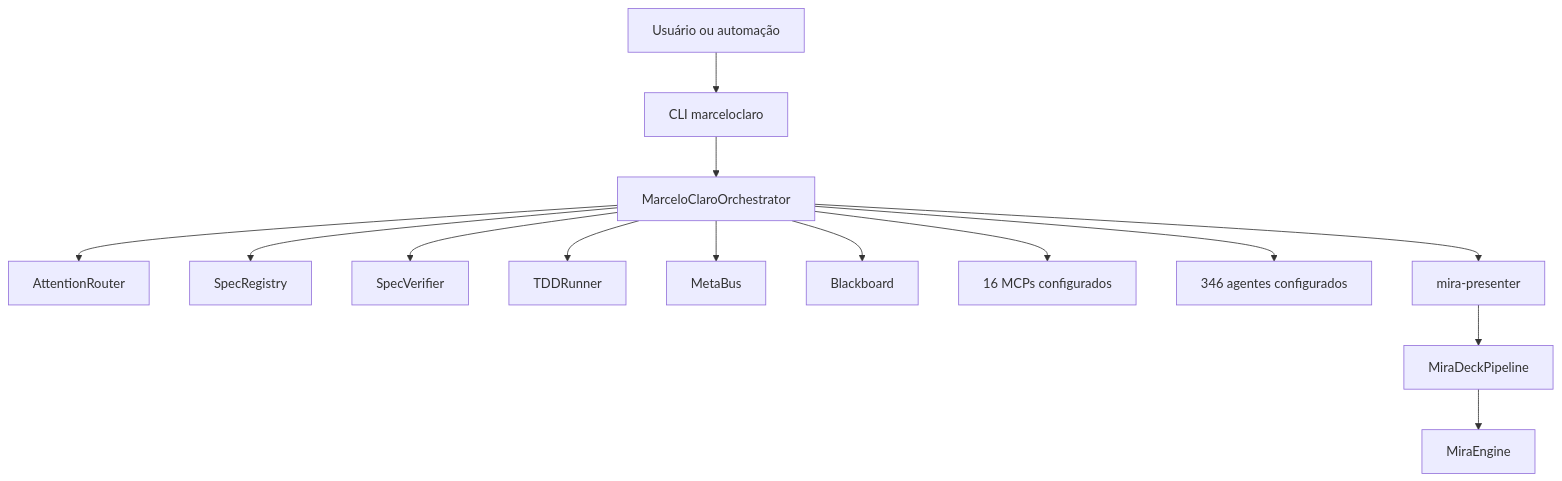
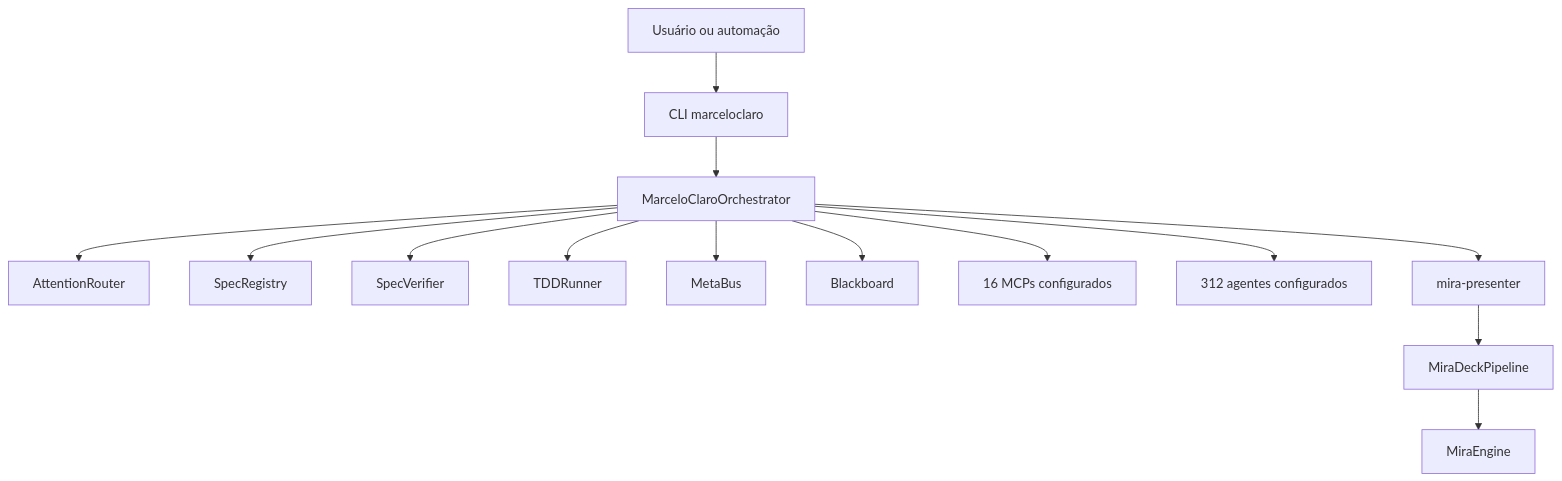
One commit to MarceloClaro/opencode-ecosystem-core changed the third of 28 diagrams in README.md. Above: the diagram before and after it, drawn with Mermaid. The commit also changed other lines of this file and 95 other files, not shown here.

````diff
--- a/README.md
+++ b/README.md
@@ -492,16 +495,16 @@
 ```mermaid
 flowchart TB
     Usuario2[Usuário ou automação] --> CLI2[CLI marceloclaro]
     CLI2 --> Orq2[MarceloClaroOrchestrator]
     Orq2 --> Router[AttentionRouter]
     Orq2 --> SpecRegistry2[SpecRegistry]
     Orq2 --> SpecVerifier2[SpecVerifier]
     Orq2 --> TDDRunner2[TDDRunner]
     Orq2 --> MetaBus2[MetaBus]
     Orq2 --> Blackboard2[Blackboard]
     Orq2 --> MCP2[16 MCPs configurados]
-    Orq2 --> Agents2[346 agentes configurados]
+    Orq2 --> Agents2[312 agentes configurados]
     Orq2 --> Mira2[mira-presenter]
     Mira2 --> Deck2[MiraDeckPipeline]
     Deck2 --> Engine2[MiraEngine]
 ```
````
